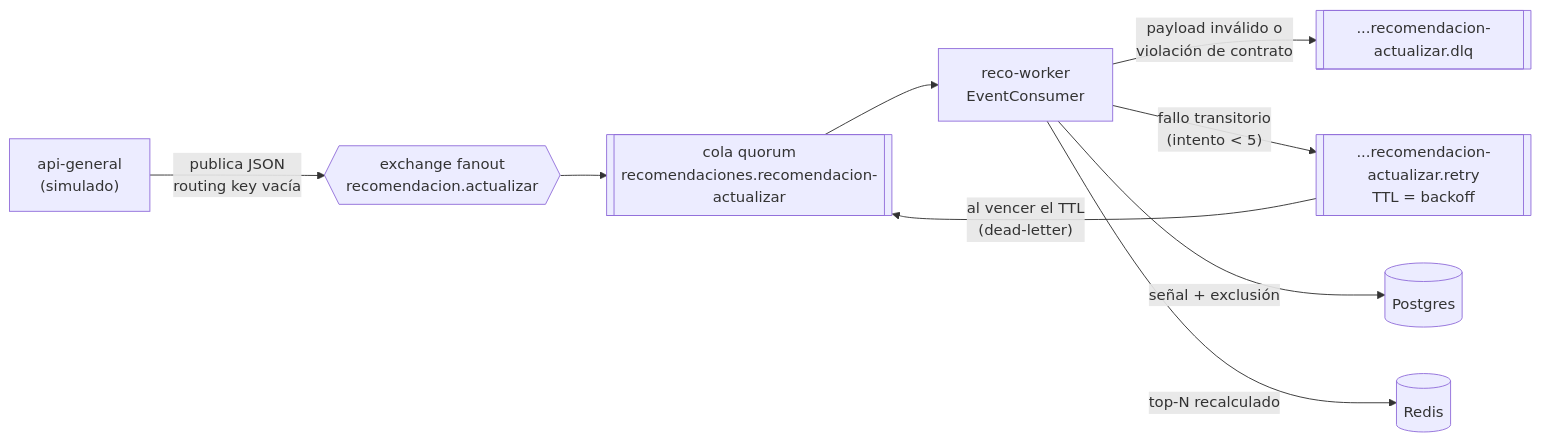
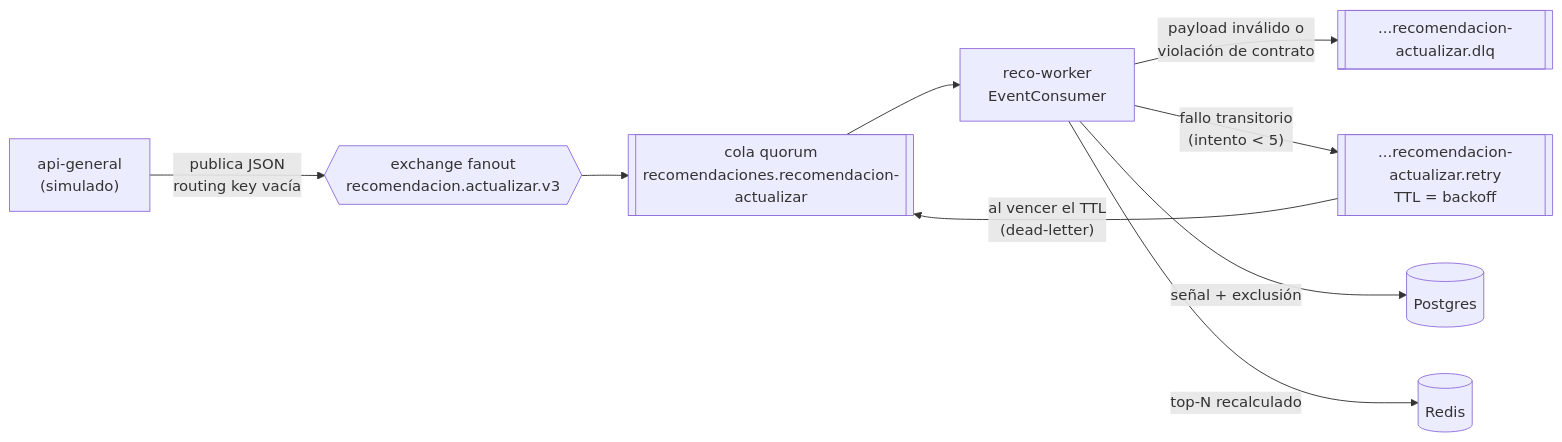
Before and after one commit to HingusPingus/prototipo_recomendaciones: the first of 3 diagrams in recomendaciones/src/recomendaciones/demo/README.md, drawn with Mermaid. The commit also changed other lines of this file and 16 other files, not shown here.

First line of the commit message:
RD-116: contratos de sync y v3 sincronizados con api-general; documentación y demo al día

````diff
--- a/recomendaciones/src/recomendaciones/demo/README.md
+++ b/recomendaciones/src/recomendaciones/demo/README.md
@@ -38,11 +38,11 @@
 ```mermaid
 flowchart LR
-    A["api-general<br/>(simulado)"] -- "publica JSON<br/>routing key vacía" --> X{{"exchange fanout<br/>recomendacion.actualizar"}}
+    A["api-general<br/>(simulado)"] -- "publica JSON<br/>routing key vacía" --> X{{"exchange fanout<br/>recomendacion.actualizar.v3"}}
     X --> Q[["cola quorum<br/>recomendaciones.recomendacion-actualizar"]]
     Q --> W["reco-worker<br/>EventConsumer"]
     W -- "payload inválido o<br/>violación de contrato" --> D[["...recomendacion-actualizar.dlq"]]
     W -- "fallo transitorio<br/>(intento < 5)" --> R[["...recomendacion-actualizar.retry<br/>TTL = backoff"]]
     R -- "al vencer el TTL<br/>(dead-letter)" --> Q
     W -- "señal + exclusión" --> P[(Postgres)]
     W -- "top-N recalculado" --> C[(Redis)]
 ```
````
